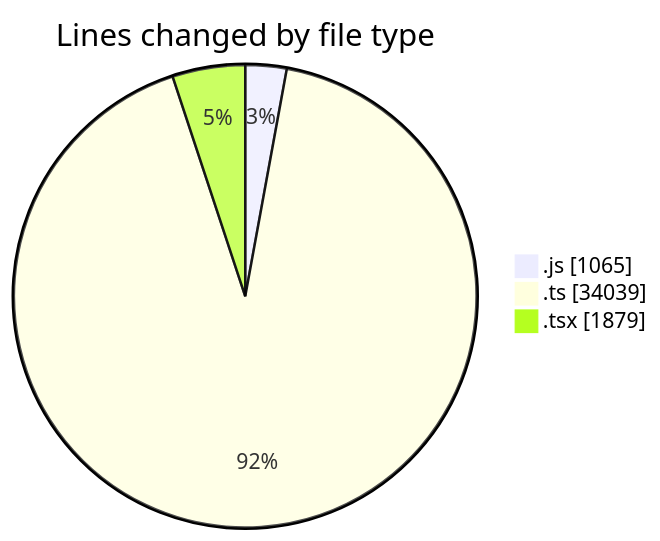
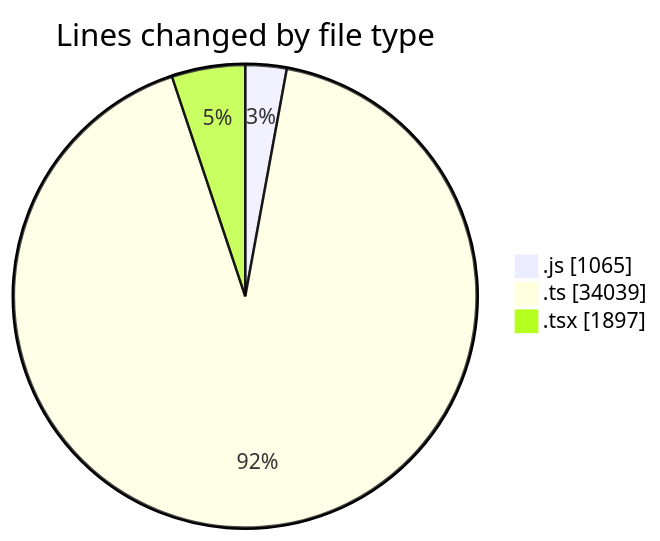
The first of 2 diagrams in 2026-10-06/cda/README.md (momahboobian/code-tracking), drawn with Mermaid before and after one commit. The commit also changed other lines of this file and 1 other file, not shown here.

````diff
--- a/2026-10-06/cda/README.md
+++ b/2026-10-06/cda/README.md
@@ -45,7 +45,7 @@
 ```mermaid
 pie showData
 title Lines changed by file type
 ".js" : 1065
 ".ts" : 34039
-".tsx" : 1879
+".tsx" : 1897
 ```
````
